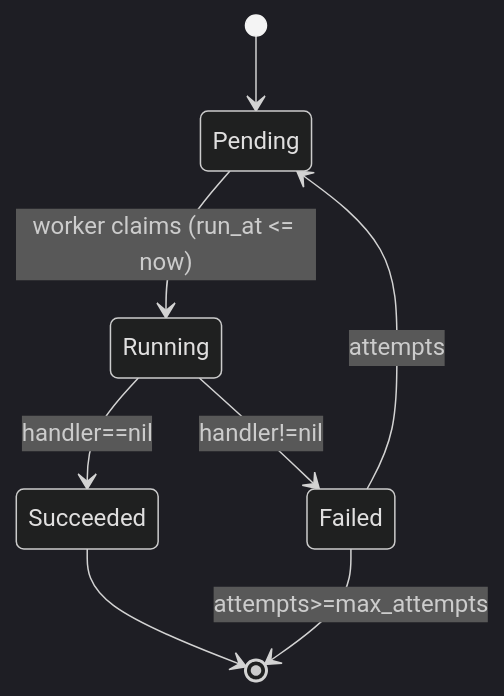
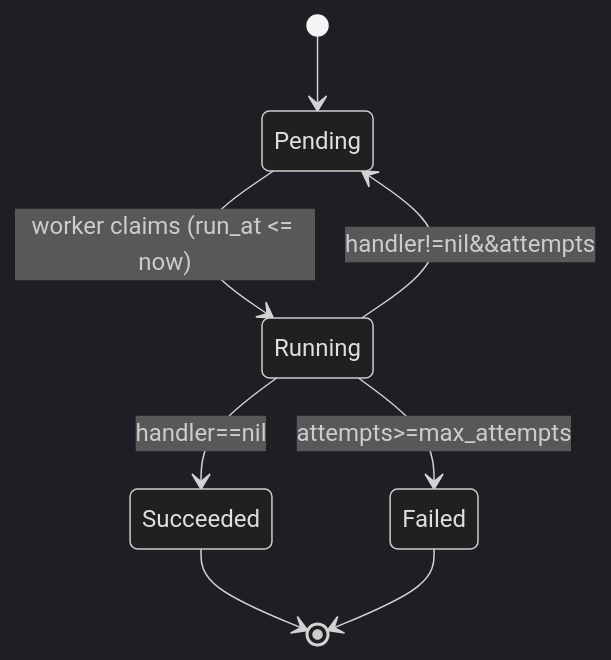
One commit to CL0UD6LOCK/kiln changed the diagram in README.md. Above: the diagram before and after it, drawn with Mermaid (dark theme).

````diff
--- a/README.md
+++ b/README.md
@@ -29,10 +29,10 @@
 ```mermaid
 stateDiagram-v2
     [*] --> Pending
     Pending --> Running: worker claims (run_at <= now)
     Running --> Succeeded: handler==nil
-    Running --> Failed: handler!=nil
-    Failed --> Pending: attempts<max_attempts
-    Failed --> [*]: attempts>=max_attempts
+    Running --> Pending: handler!=nil&&attempts<max_attempts
+    Running --> Failed: attempts>=max_attempts
     Succeeded --> [*]
+    Failed -->[*]
 ```
````
